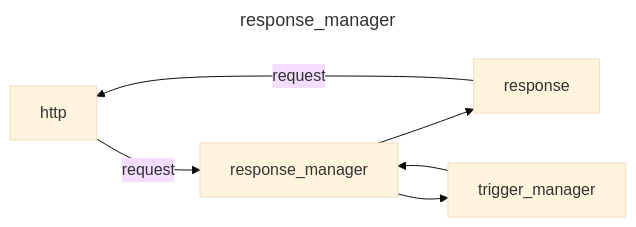
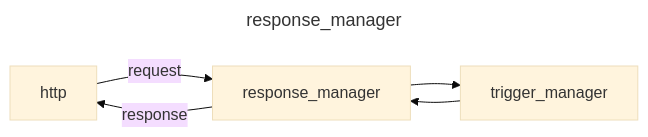
The second of 6 diagrams in docment/开发记录.md (redeyehare/framework), drawn with Mermaid (base theme) before and after one commit. The commit also changed other lines of this file, not shown here.

````diff
--- a/docment/开发记录.md
+++ b/docment/开发记录.md
@@ -95,10 +132,10 @@
 ```mermaid
 ---
 title: response_manager
 ---
 graph LR
 
-http--request-->response_manager-->response--request-->http
+http--request-->response_manager--response-->http
 response_manager-->trigger_manager-->response_manager
 
 ```
````
